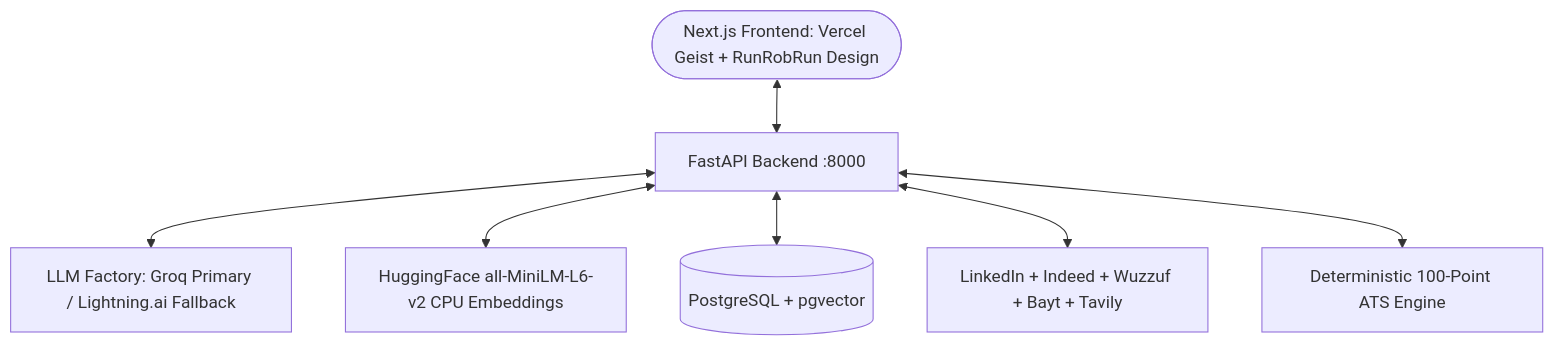
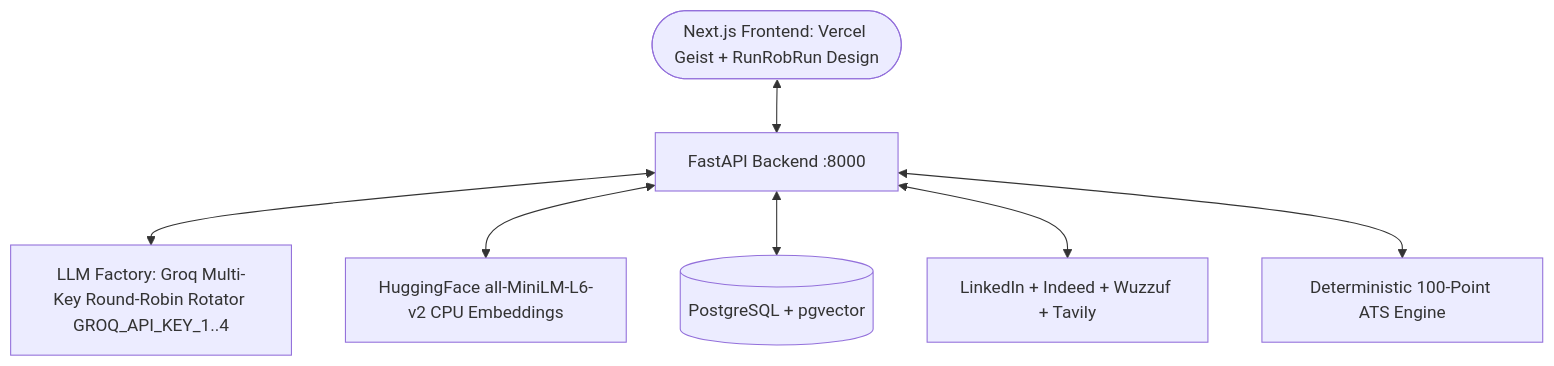
Before and after one commit to Mostafa710/career-copilot: the diagram in README.md, drawn with Mermaid. The commit also changed other lines of this file and 4 other files, not shown here.

Commit message:
docs: update README, architecture flowcharts, schema, and implementation plan to reflect multi-key Groq, JSearch v2, and latest features

````diff
--- a/README.md
+++ b/README.md
@@ -83,9 +83,9 @@
 ```mermaid
 graph TD
     Client([Next.js Frontend: Vercel Geist + RunRobRun Design]) <--> API[FastAPI Backend :8000]
-    API <--> LLM[LLM Factory: Groq Primary / Lightning.ai Fallback]
+    API <--> LLM[LLM Factory: Groq Multi-Key Round-Robin Rotator GROQ_API_KEY_1..4]
     API <--> Embed[HuggingFace all-MiniLM-L6-v2 CPU Embeddings]
     API <--> DB[(PostgreSQL + pgvector)]
-    API <--> Search[LinkedIn + Indeed + Wuzzuf + Bayt + Tavily]
+    API <--> Search[LinkedIn + Indeed + Wuzzuf + Tavily]
     API <--> ATS[Deterministic 100-Point ATS Engine]
 ```
````
